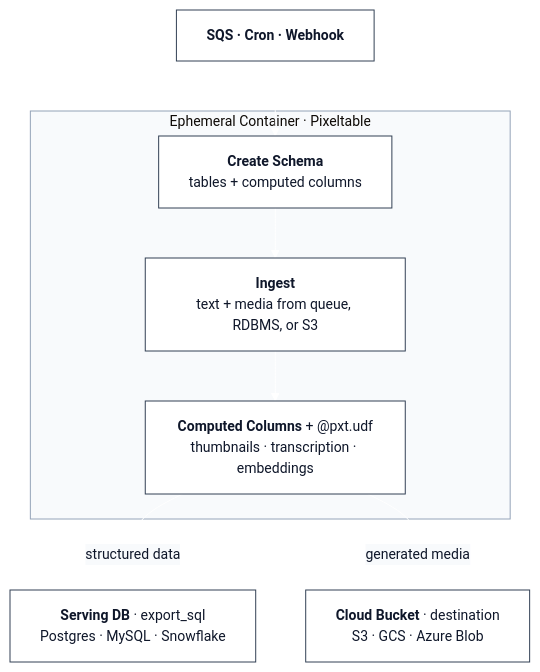
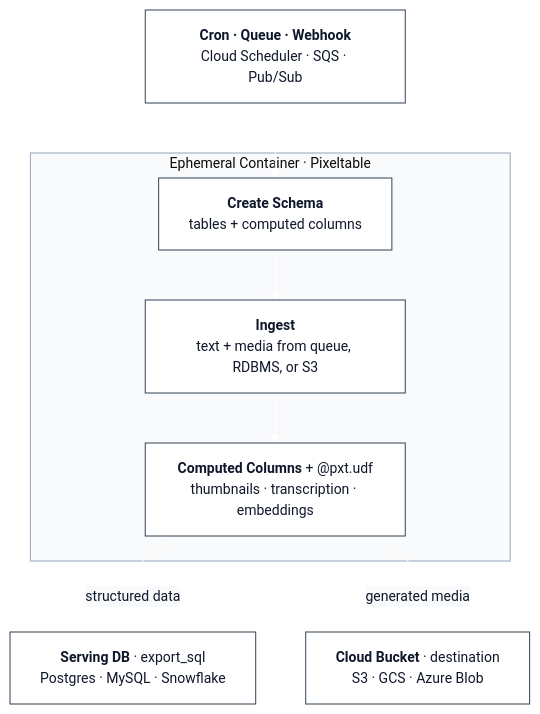
The second of 3 diagrams in README.md (pixeltable/pixeltable-app-template), drawn with Mermaid before and after one commit. The commit also changed other lines of this file and 3 other files, not shown here.

````diff
--- a/README.md
+++ b/README.md
@@ -41,18 +41,18 @@
 ```mermaid
 %%{init: {'theme': 'base', 'themeVariables': {'primaryColor': '#ffffff', 'primaryTextColor': '#0f172a', 'primaryBorderColor': '#334155', 'lineColor': '#ffffff', 'arrowheadColor': '#ffffff', 'secondaryColor': '#f8fafc', 'tertiaryColor': '#f1f5f9', 'clusterBkg': '#f8fafc', 'clusterBorder': '#94a3b8', 'fontSize': '14px'}}}%%
 graph TD
-    Trigger["<b>SQS · Cron · Webhook</b>"]
+    Trigger["<b>Cron · Queue · Webhook</b><br/>Cloud Scheduler · SQS · Pub/Sub"]
 
     subgraph Container["Ephemeral Container · Pixeltable"]
         Schema["<b>Create Schema</b><br/>tables + computed columns"]
         Ingest["<b>Ingest</b><br/>text + media from queue, RDBMS, or S3"]
         Process["<b>Computed Columns</b> + @pxt.udf<br/>thumbnails · transcription · embeddings"]
     end
 
     SQL["<b>Serving DB</b> · export_sql<br/>Postgres · MySQL · Snowflake"]
     Bucket["<b>Cloud Bucket</b> · destination<br/>S3 · GCS · Azure Blob"]
 
     Trigger --> Schema --> Ingest --> Process
     Process -->|"structured data"| SQL
     Process -->|"generated media"| Bucket
 ```
````
